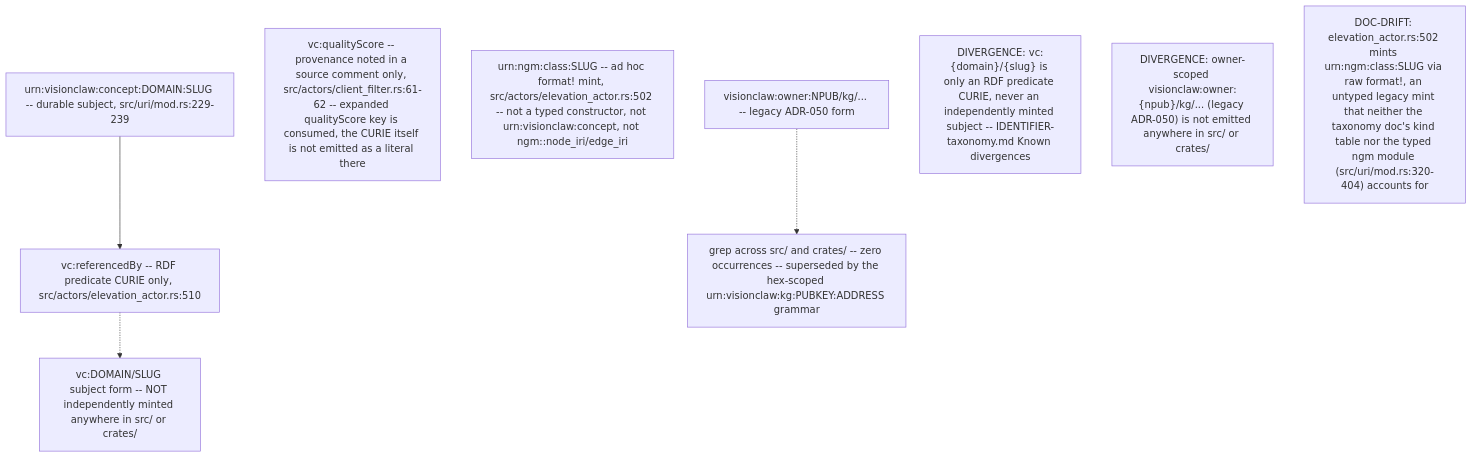
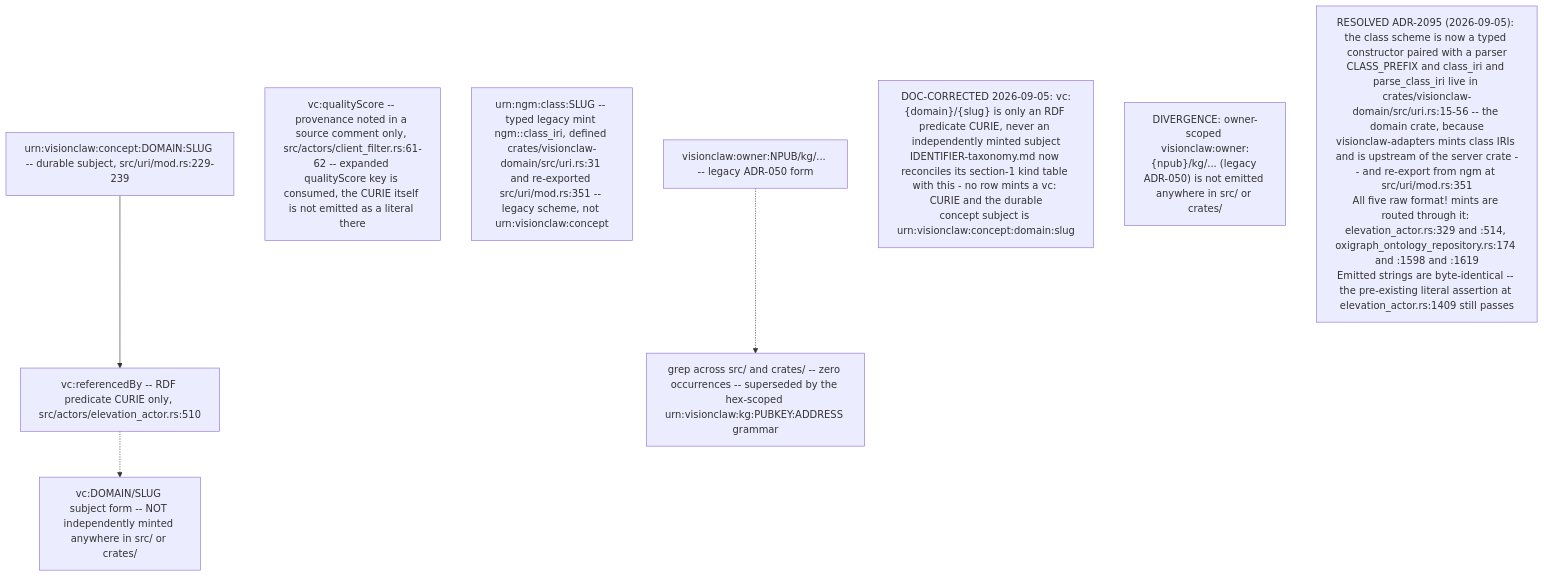
The ninth of 10 diagrams in docs/diagrams/visionclaw/23-identifiers-urn-did-sha12.md (DreamLab-AI/AR-AI-Knowledge-Graph), drawn with Mermaid before and after one commit. The commit also changed other lines of this file and 172 other files, not shown here.

````diff
--- a/docs/diagrams/visionclaw/23-identifiers-urn-did-sha12.md
+++ b/docs/diagrams/visionclaw/23-identifiers-urn-did-sha12.md
@@ -310,12 +310,12 @@
 ```mermaid
 flowchart TD
     Concept["urn:visionclaw:concept:DOMAIN:SLUG -- durable subject, src/uri/mod.rs:229-239"] --> Curie["vc:referencedBy -- RDF predicate CURIE only, src/actors/elevation_actor.rs:510"]
     Curie -.-> NotSubject["vc:DOMAIN/SLUG subject form -- NOT independently minted anywhere in src/ or crates/"]
     QS["vc:qualityScore -- provenance noted in a source comment only, src/actors/client_filter.rs:61-62 -- expanded qualityScore key is consumed, the CURIE itself is not emitted as a literal there"]
-    LegacyClass["urn:ngm:class:SLUG -- ad hoc format! mint, src/actors/elevation_actor.rs:502 -- not a typed constructor, not urn:visionclaw:concept, not ngm::node_iri/edge_iri"]
+    LegacyClass["urn:ngm:class:SLUG -- typed legacy mint ngm::class_iri, defined crates/visionclaw-domain/src/uri.rs:31 and re-exported src/uri/mod.rs:351 -- legacy scheme, not urn:visionclaw:concept"]
     OwnerScoped["visionclaw:owner:NPUB/kg/... -- legacy ADR-050 form"] -.-> Absent["grep across src/ and crates/ -- zero occurrences -- superseded by the hex-scoped urn:visionclaw:kg:PUBKEY:ADDRESS grammar"]
 
-    DivA["DIVERGENCE: vc:{domain}/{slug} is only an RDF predicate CURIE, never an independently minted subject -- IDENTIFIER-taxonomy.md Known divergences"]
+    DivA["DOC-CORRECTED 2026-09-05: vc:{domain}/{slug} is only an RDF predicate CURIE, never an independently minted subject<br/>IDENTIFIER-taxonomy.md now reconciles its section-1 kind table with this - no row mints a vc: CURIE and the durable<br/>concept subject is urn:visionclaw:concept:domain:slug"]
     DivB["DIVERGENCE: owner-scoped visionclaw:owner:{npub}/kg/... (legacy ADR-050) is not emitted anywhere in src/ or crates/"]
-    DriftX["DOC-DRIFT: elevation_actor.rs:502 mints urn:ngm:class:SLUG via raw format!, an untyped legacy mint that neither the taxonomy doc's kind table nor the typed ngm module (src/uri/mod.rs:320-404) accounts for"]
+    DriftX["RESOLVED ADR-2095 (2026-09-05): the class scheme is now a typed constructor paired with a parser<br/>CLASS_PREFIX and class_iri and parse_class_iri live in crates/visionclaw-domain/src/uri.rs:15-56 -- the domain crate, because<br/>visionclaw-adapters mints class IRIs and is upstream of the server crate -- and re-export from ngm at src/uri/mod.rs:351<br/>All five raw format! mints are routed through it: elevation_actor.rs:329 and :514, oxigraph_ontology_repository.rs:174 and :1598 and :1619<br/>Emitted strings are byte-identical -- the pre-existing literal assertion at elevation_actor.rs:1409 still passes"]
 ```
````
